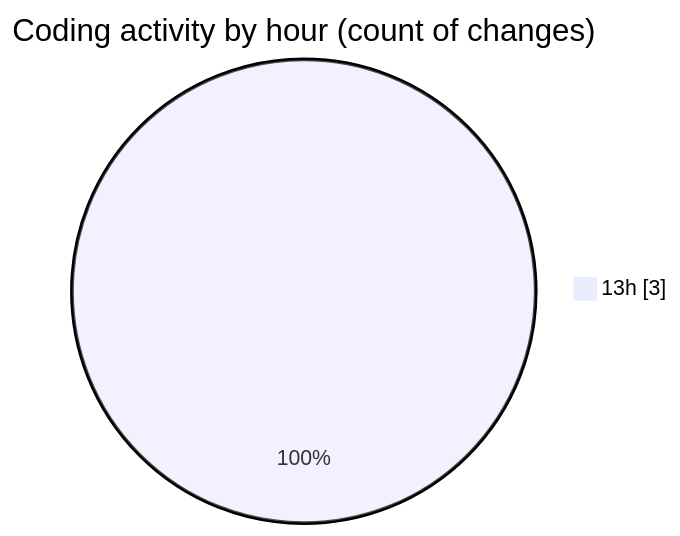
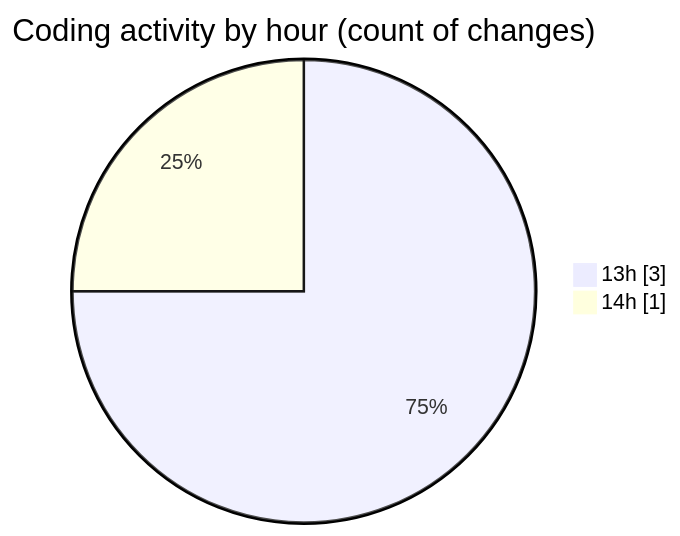
The second of 2 diagrams in 2025-02-04/recipe-page-main/README.md (NitaiMahat/code-tracking), drawn with Mermaid before and after one commit. The commit also changed other lines of this file and 1 other file, not shown here.

````diff
--- a/2025-02-04/recipe-page-main/README.md
+++ b/2025-02-04/recipe-page-main/README.md
@@ -30,5 +30,6 @@
 ```mermaid
 pie showData
 title Coding activity by hour (count of changes)
 "13h" : 3
+"14h" : 1
 ```
````
